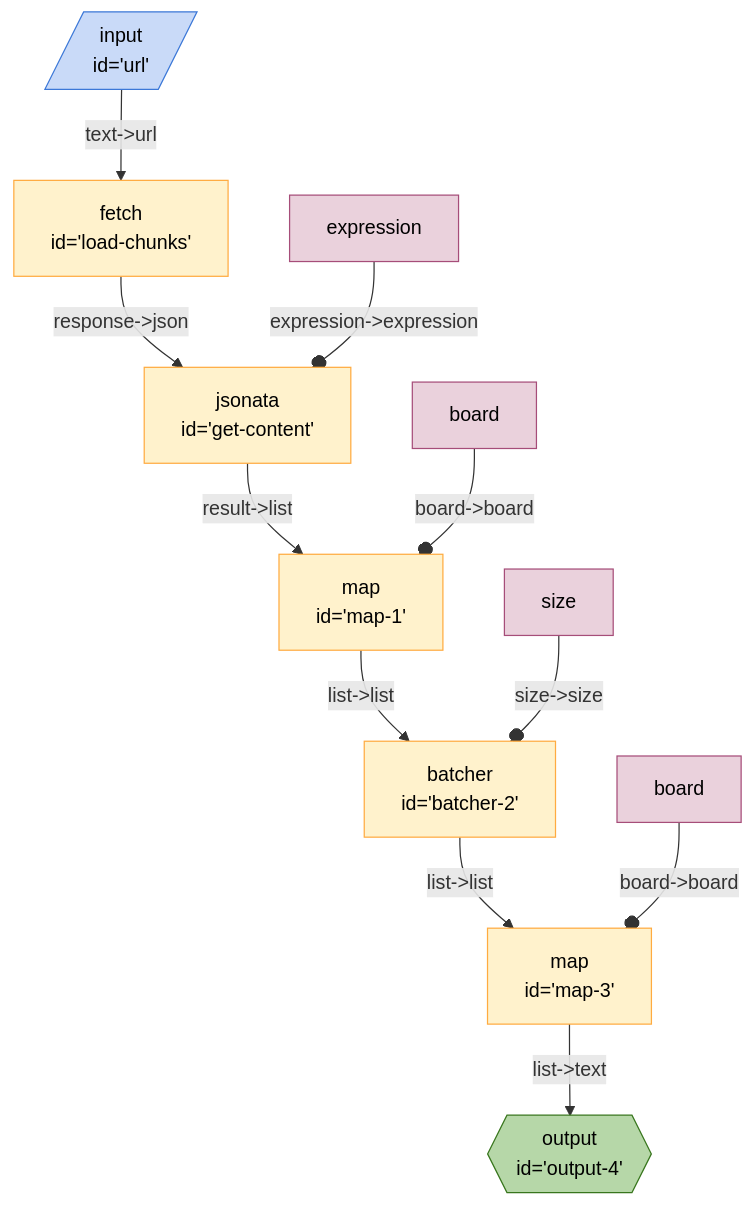
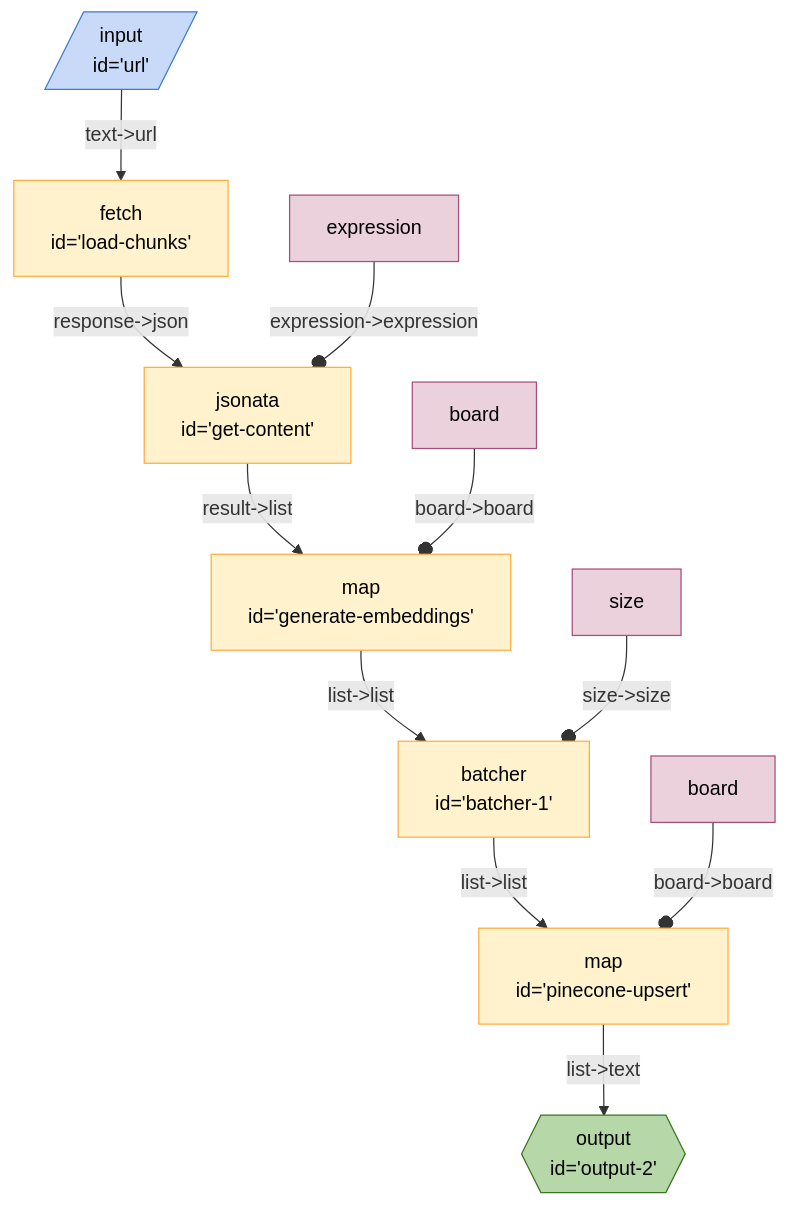
Before and after one commit to breadboard-ai/breadboard: the diagram in seeds/graph-playground/docs/graphs/pinecone-load.md, drawn with Mermaid. The commit also changed 5 other files, not shown here.

Commit message:
[graph-playground] A working pinecone upsert.

````diff
--- a/seeds/graph-playground/docs/graphs/pinecone-load.md
+++ b/seeds/graph-playground/docs/graphs/pinecone-load.md
@@ -5,22 +5,22 @@
   ```mermaid
   %%{init: 'themeVariables': { 'fontFamily': 'Fira Code, monospace' }}%%
 graph TD;
-map3["map <br> id='map-3'"] -- "list->text" --> output4{{"output <br> id='output-4'"}}:::output
-batcher2["batcher <br> id='batcher-2'"] -- "list->list" --> map3["map <br> id='map-3'"]
-map1["map <br> id='map-1'"] -- "list->list" --> batcher2["batcher <br> id='batcher-2'"]
-getcontent["jsonata <br> id='get-content'"] -- "result->list" --> map1["map <br> id='map-1'"]
+pineconeupsert["map <br> id='pinecone-upsert'"] -- "list->text" --> output2{{"output <br> id='output-2'"}}:::output
+batcher1["batcher <br> id='batcher-1'"] -- "list->list" --> pineconeupsert["map <br> id='pinecone-upsert'"]
+generateembeddings["map <br> id='generate-embeddings'"] -- "list->list" --> batcher1["batcher <br> id='batcher-1'"]
+getcontent["jsonata <br> id='get-content'"] -- "result->list" --> generateembeddings["map <br> id='generate-embeddings'"]
 loadchunks["fetch <br> id='load-chunks'"] -- "response->json" --> getcontent["jsonata <br> id='get-content'"]
 url[/"input <br> id='url'"/]:::input -- "text->url" --> loadchunks["fetch <br> id='load-chunks'"]
 expressiongetcontent[expression]:::config -- "expression->expression" --o getcontent
-boardmap1[board]:::config -- "board->board" --o map1
-sizebatcher2[size]:::config -- "size->size" --o batcher2
-boardmap3[board]:::config -- "board->board" --o map3
+boardgenerateembeddings[board]:::config -- "board->board" --o generateembeddings
+sizebatcher1[size]:::config -- "size->size" --o batcher1
+boardpineconeupsert[board]:::config -- "board->board" --o pineconeupsert
 classDef default stroke:#ffab40,fill:#fff2ccff,color:#000
 classDef input stroke:#3c78d8,fill:#c9daf8ff,color:#000
 classDef output stroke:#38761d,fill:#b6d7a8ff,color:#000
 classDef passthrough stroke:#a64d79,fill:#ead1dcff,color:#000
 classDef slot stroke:#a64d79,fill:#ead1dcff,color:#000
 classDef config stroke:#a64d79,fill:#ead1dcff,color:#000
 classDef secrets stroke:#db4437,fill:#f4cccc,color:#000
 classDef slotted stroke:#a64d79
   ```
````
